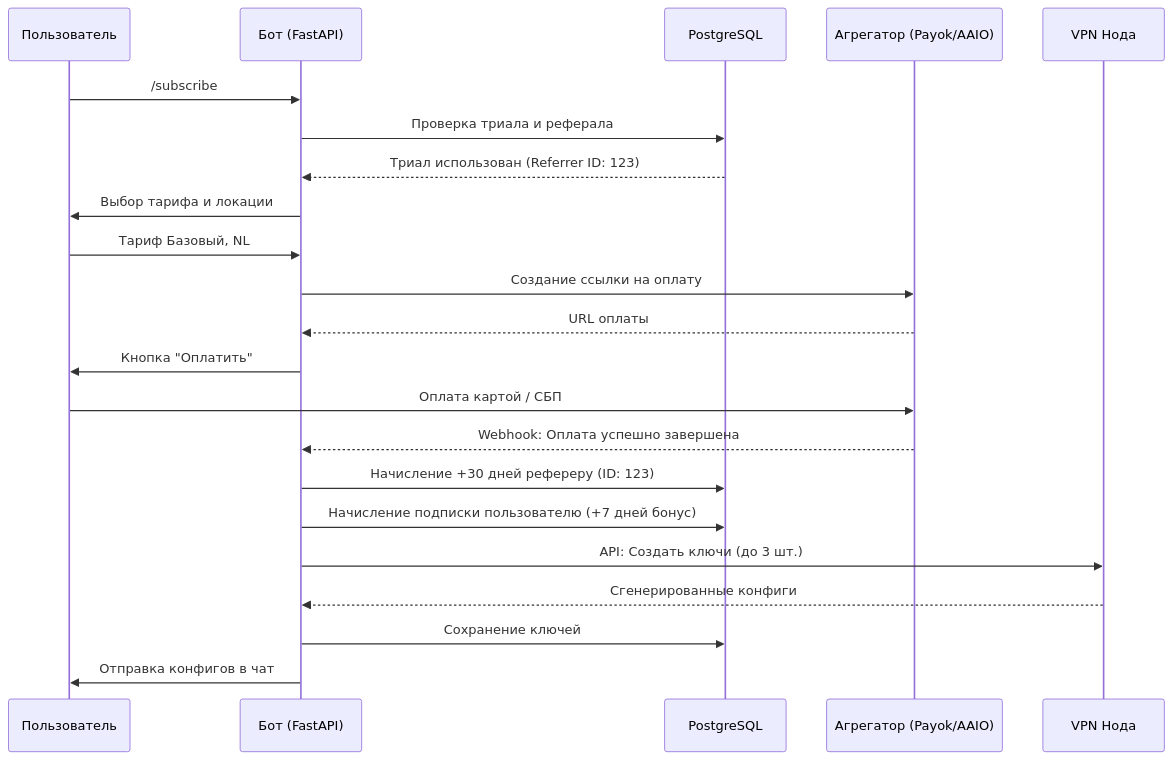
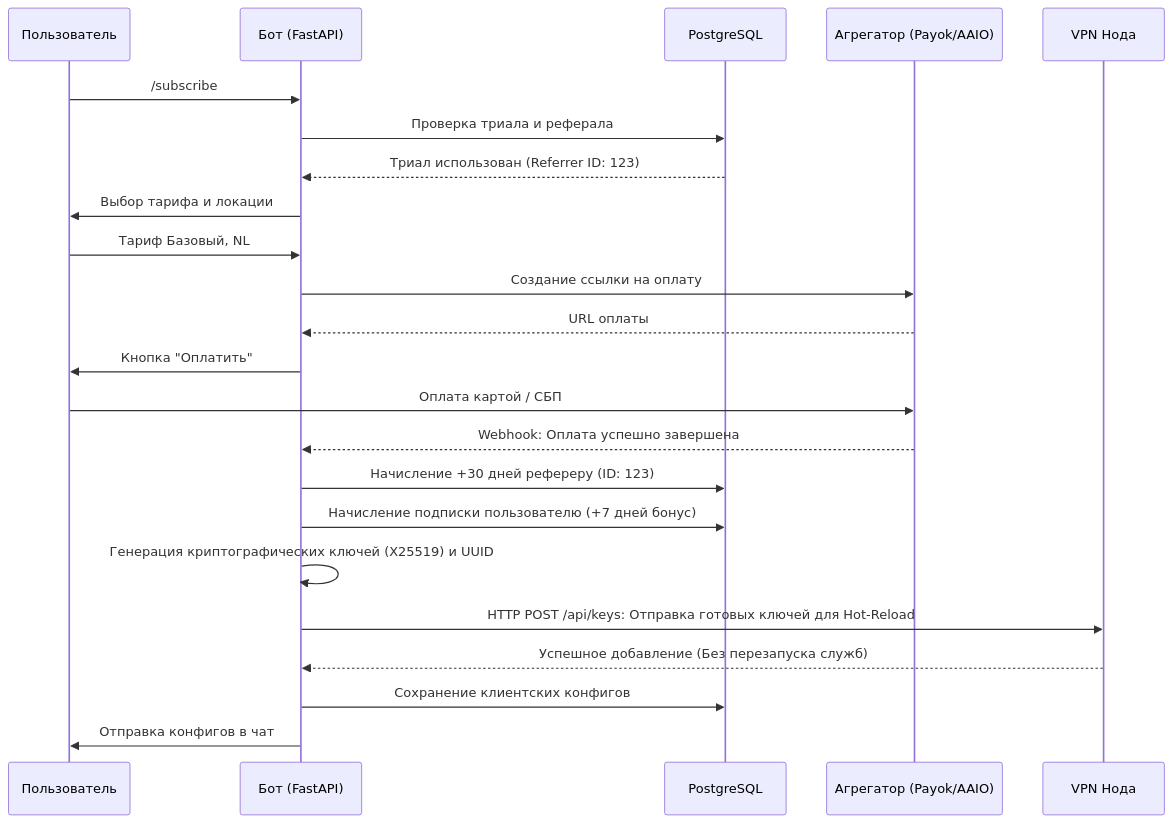
Before and after one commit to VoltusV5/SafeFlow: the fourth of 5 diagrams in docs/plan_refaktora.md, drawn with Mermaid. The commit also changed other lines of this file and 24 other files, not shown here.

````diff
--- a/docs/plan_refaktora.md
+++ b/docs/plan_refaktora.md
@@ -217,25 +217,26 @@
 ```mermaid
 sequenceDiagram
     participant U as Пользователь
     participant B as Бот (FastAPI)
     participant DB as PostgreSQL
     participant PG as Агрегатор (Payok/AAIO)
     participant N as VPN Нода
     
     U->>B: /subscribe
     B->>DB: Проверка триала и реферала
     DB-->>B: Триал использован (Referrer ID: 123)
     B->>U: Выбор тарифа и локации
     U->>B: Тариф Базовый, NL
     B->>PG: Создание ссылки на оплату
     PG-->>B: URL оплаты
     B->>U: Кнопка "Оплатить"
     U->>PG: Оплата картой / СБП
     PG-->>B: Webhook: Оплата успешно завершена
     B->>DB: Начисление +30 дней рефереру (ID: 123)
     B->>DB: Начисление подписки пользователю (+7 дней бонус)
-    B->>N: API: Создать ключи (до 3 шт.)
-    N-->>B: Сгенерированные конфиги
-    B->>DB: Сохранение ключей
+    B->>B: Генерация криптографических ключей (X25519) и UUID
+    B->>N: HTTP POST /api/keys: Отправка готовых ключей для Hot-Reload
+    N-->>B: Успешное добавление (Без перезапуска служб)
+    B->>DB: Сохранение клиентских конфигов
     B->>U: Отправка конфигов в чат
 ```
````
